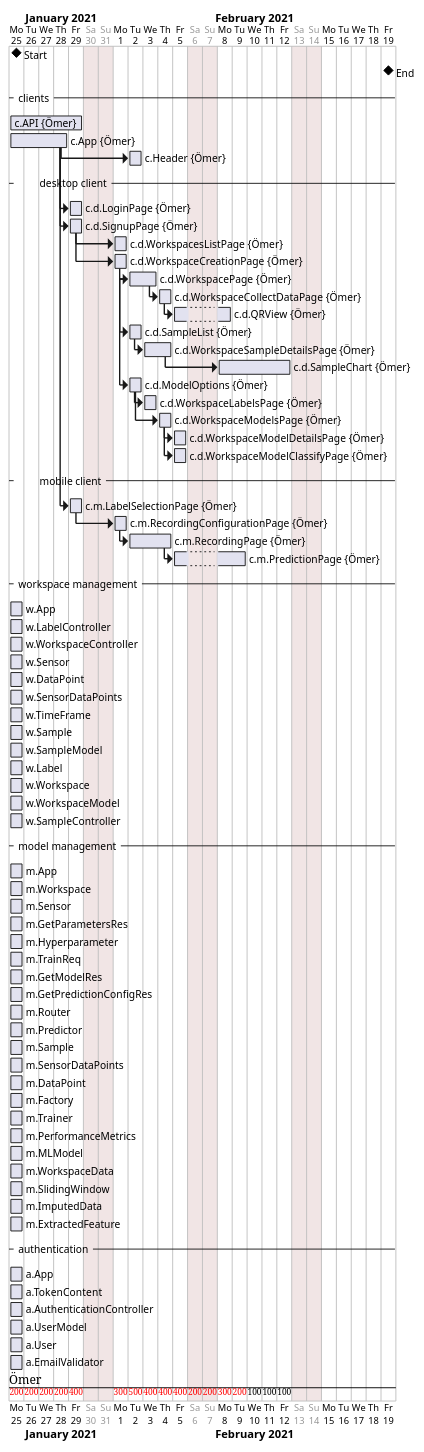
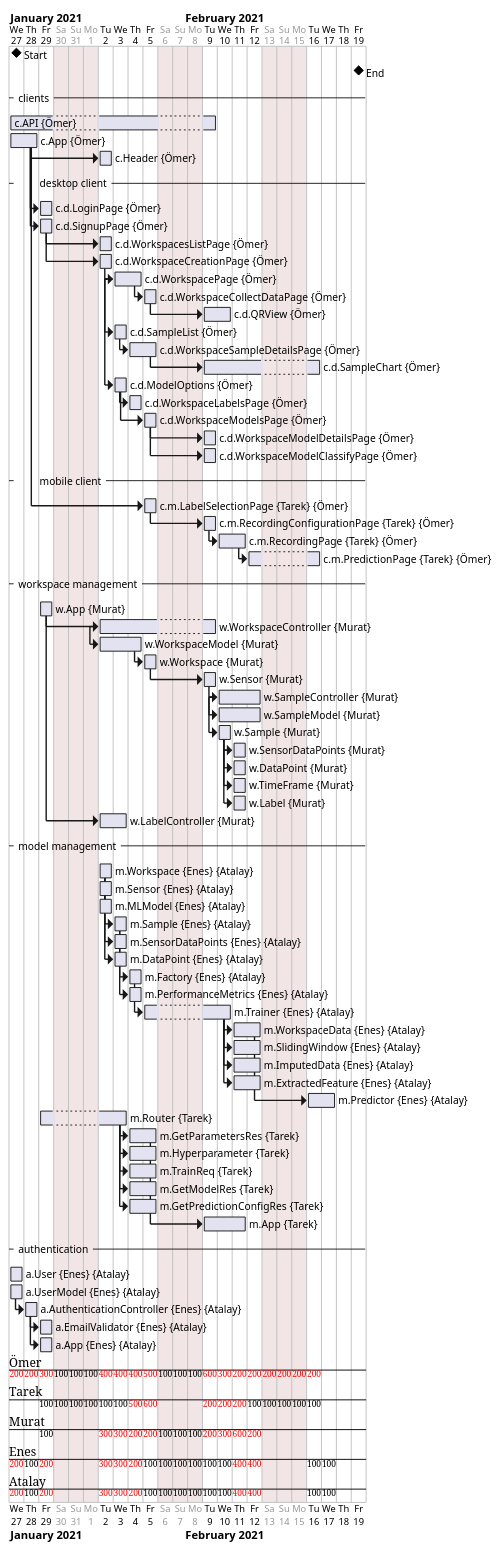
One commit to PSE-TECO-2020-TEAM1/e2e-ml_docs changed the diagram in Implementation/Plan/gantt.pu. Above: the diagram before and after it, drawn with PlantUML.

```diff
--- a/Implementation/Plan/gantt.pu
+++ b/Implementation/Plan/gantt.pu
@@ -1,76 +1,76 @@
 @startgantt
-Project starts 2021-01-25
+Project starts 2021-01-27
 saturday are closed
 sunday are closed
+monday are closed
 ' and ends 2021-02-19
-[Start] happens 2021-01-25
+[Start] happens 2021-01-27
 [End] happens 2021-02-19
 -- clients --
-[c.API] on {Ömer} lasts 1 weeks
-[c.App] on {Ömer} lasts 4 days
+[c.API] on {Ömer} lasts 2 week
+[c.App] on {Ömer} lasts 2 days
 [c.Header] on {Ömer} starts 4 day after [c.App]'s end and lasts 1 day
 -- \tdesktop client --
 [c.d.LoginPage] on {Ömer} starts at [c.App]'s end and lasts 1 day
 [c.d.SignupPage] on {Ömer} starts at [c.App]'s end and lasts 1 day
 [c.d.WorkspacesListPage] on {Ömer} starts at [c.d.SignupPage]'s end and lasts 1 day
 [c.d.WorkspaceCreationPage] on {Ömer} starts at [c.d.SignupPage]'s end and lasts 1 days
 [c.d.WorkspacePage] on {Ömer} starts at [c.d.WorkspaceCreationPage]'s end and lasts 2 day
 [c.d.WorkspaceCollectDataPage] on {Ömer} starts at [c.d.WorkspacePage]'s end and lasts 1 day
 [c.d.QRView] on {Ömer} starts at [c.d.WorkspaceCollectDataPage]'s end and lasts 2 days
 [c.d.SampleList] on {Ömer} starts at [c.d.WorkspacePage]'s start and lasts 1 day
 [c.d.WorkspaceSampleDetailsPage] on {Ömer} starts at [c.d.SampleList]'s end and lasts 2 days
 [c.d.SampleChart] on {Ömer} starts 2 days after [c.d.WorkspaceSampleDetailsPage]'s end and lasts 5 days
 [c.d.ModelOptions] on {Ömer} starts at [c.d.WorkspacePage]'s start and lasts 1 day
 [c.d.WorkspaceLabelsPage] on {Ömer} starts at [c.d.ModelOptions]'s end and lasts 1 day
 [c.d.WorkspaceModelsPage] on {Ömer} starts 1 day after [c.d.ModelOptions]'s end and lasts 1 day
 [c.d.WorkspaceModelDetailsPage] on {Ömer} starts at [c.d.WorkspaceModelsPage]'s end and lasts 1 day
 [c.d.WorkspaceModelClassifyPage] on {Ömer} starts at [c.d.WorkspaceModelsPage]'s end and lasts 1 day
 -- \tmobile client --
-[c.m.LabelSelectionPage] on {Ömer} starts at [c.App]'s end and lasts 1 day
-[c.m.RecordingConfigurationPage] on {Ömer} starts at [c.m.LabelSelectionPage]'s end and lasts 1 day
-[c.m.RecordingPage] on {Ömer} starts at [c.m.RecordingConfigurationPage]'s end and lasts 3 day
-[c.m.PredictionPage] on {Ömer} starts at [c.m.RecordingPage]'s end and lasts 3 day
+[c.m.LabelSelectionPage] on {Tarek} {Ömer} starts 7 days after [c.App]'s end and lasts 1 day
+[c.m.RecordingConfigurationPage] on {Tarek} {Ömer} starts at [c.m.LabelSelectionPage]'s end and lasts 1 day
+[c.m.RecordingPage] on {Tarek} {Ömer} starts at [c.m.RecordingConfigurationPage]'s end and lasts 3 day
+[c.m.PredictionPage] on {Tarek} {Ömer} starts at [c.m.RecordingPage]'s end and lasts 3 day
 -- workspace management --
-[w.App] lasts 1 day
-[w.LabelController] lasts 1 day
-[w.WorkspaceController] lasts 1 day
-[w.Sensor] lasts 1 day
-[w.DataPoint] lasts 1 day
-[w.SensorDataPoints] lasts 1 day
-[w.TimeFrame] lasts 1 day
-[w.Sample] lasts 1 day
-[w.SampleModel] lasts 1 day
-[w.Label] lasts 1 day
-[w.Workspace] lasts 1 day
-[w.WorkspaceModel] lasts 1 day
-[w.SampleController] lasts 1 day
+[w.App] on {Murat} starts 2021-01-29 and  lasts 1 day
+[w.WorkspaceController] on {Murat} starts 3 days after [w.App]'s end and lasts 5 day
+[w.WorkspaceModel] on {Murat} starts at [w.WorkspaceController]'s start and lasts 3 day
+[w.Workspace] on {Murat} starts at [w.WorkspaceModel]'s end and lasts 1 day
+[w.Sensor] on {Murat} starts at [w.Workspace]'s end and lasts 1 day
+[w.SampleController] on {Murat} starts at [w.Sensor]'s end and lasts 3 day
+[w.SampleModel] on {Murat} starts at [w.SampleController]'s start and lasts 3 day
+[w.Sample] on {Murat} starts at [w.SampleController]'s start and lasts 1 day
+[w.SensorDataPoints] on {Murat} starts at [w.Sample]'s end and lasts 1 day
+[w.DataPoint] on {Murat} starts at [w.SensorDataPoints]'s start and lasts 1 day
+[w.TimeFrame] on {Murat} starts at [w.Sample]'s end and lasts 1 day
+[w.Label] on {Murat} starts at [w.Sample]'s end and lasts 1 day
+[w.LabelController] on {Murat} starts at [w.App]'s end and lasts 2 day
 -- model management --
-[m.App] lasts 1 day
-[m.Workspace] lasts 1 day
-[m.Sensor] lasts 1 day
-[m.GetParametersRes] lasts 1 day
-[m.Hyperparameter] lasts 1 day
-[m.TrainReq] lasts 1 day
-[m.GetModelRes] lasts 1 day
-[m.GetPredictionConfigRes] lasts 1 day
-[m.Router] lasts 1 day
-[m.Predictor] lasts 1 day
-[m.Sample] lasts 1 day
-[m.SensorDataPoints] lasts 1 day
-[m.DataPoint] lasts 1 day
-[m.Factory] lasts 1 day
-[m.Trainer] lasts 1 day
-[m.PerformanceMetrics] lasts 1 day
-[m.MLModel] lasts 1 day
-[m.WorkspaceData] lasts 1 day
-[m.SlidingWindow] lasts 1 day
-[m.ImputedData] lasts 1 day
-[m.ExtractedFeature] lasts 1 day
+[m.Workspace] on {Enes} {Atalay} starts 2021-02-01 and lasts 1 day
+[m.Sensor] on {Enes} {Atalay} starts 2021-02-01 and lasts 1 day 
+[m.MLModel] on {Enes} {Atalay} starts 2021-02-01 and lasts 1 day
+[m.Sample] on {Enes} {Atalay} starts at [m.Workspace]'s end and lasts 1 day
+[m.SensorDataPoints] on {Enes} {Atalay} starts at [m.Workspace]'s end and lasts 1 day
+[m.DataPoint] on {Enes} {Atalay} starts at [m.Workspace]'s end and lasts 1 day
+[m.Factory] on {Enes} {Atalay} starts at [m.Sample]'s end and lasts 2 day
+[m.PerformanceMetrics] on {Enes} {Atalay} starts at [m.Sample]'s end and lasts 2 day
+[m.Trainer] on {Enes} {Atalay} starts at [m.Factory]'s end and lasts 5 day
+[m.WorkspaceData] on {Enes} {Atalay} starts at [m.Trainer]'s end and lasts 3 day
+[m.SlidingWindow] on {Enes} {Atalay} starts at [m.Trainer]'s end and lasts 3 day
+[m.ImputedData] on {Enes} {Atalay} starts at [m.Trainer]'s end and lasts 3 day
+[m.ExtractedFeature] on {Enes} {Atalay} starts at [m.Trainer]'s end and lasts 3 day
+[m.Predictor] on {Enes} {Atalay} starts at [m.WorkspaceData]'s end and lasts 3 day
+[m.Router] on {Tarek} starts 2021-01-29 and lasts 3 day
+[m.GetParametersRes] on {Tarek} starts at [m.Router]'s end and lasts 2 day
+[m.Hyperparameter] on {Tarek} starts at [m.Router]'s end and lasts 2 day
+[m.TrainReq] on {Tarek} starts at [m.Router]'s end and lasts 2 day
+[m.GetModelRes] on {Tarek} starts at [m.Router]'s end and lasts 2 day
+[m.GetPredictionConfigRes] on {Tarek} starts at [m.Router]'s end and lasts 2 day
+[m.App] on {Tarek} starts at [m.GetParametersRes]'s end and lasts 3 day
 -- authentication --
-[a.App] lasts 1 day
-[a.TokenContent] lasts 1 day
-[a.AuthenticationController] lasts 1 day
-[a.UserModel] lasts 1 day
-[a.User] lasts 1 day
-[a.EmailValidator] lasts 1 day
+[a.User] on {Enes} {Atalay} lasts 1 day
+[a.UserModel] on {Enes} {Atalay} lasts 1 day
+[a.AuthenticationController] on {Enes} {Atalay} starts at [a.UserModel]'s end and lasts 1 day
+[a.EmailValidator] on {Enes} {Atalay} starts at [a.AuthenticationController]'s end and lasts 1 day
+[a.App] on {Enes} {Atalay} starts at [a.AuthenticationController]'s end and lasts 1 day
 @endgantt
```
